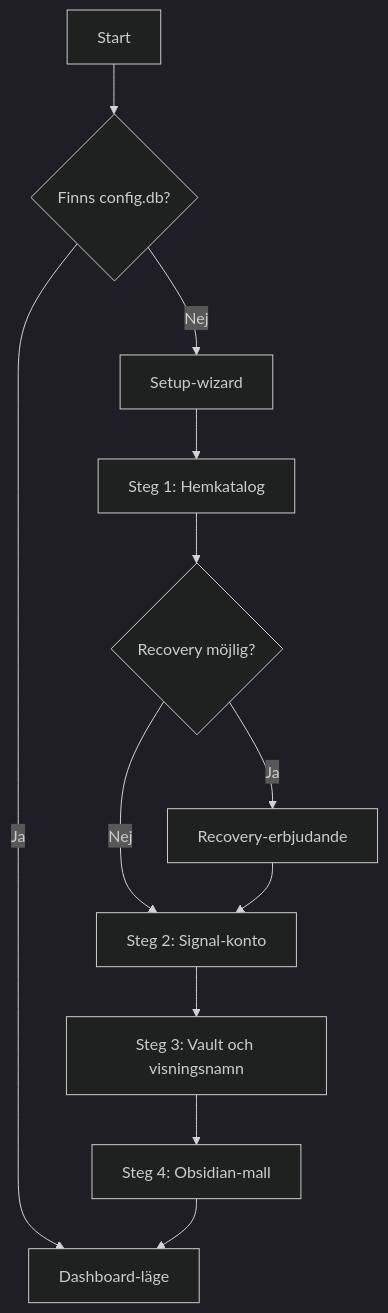
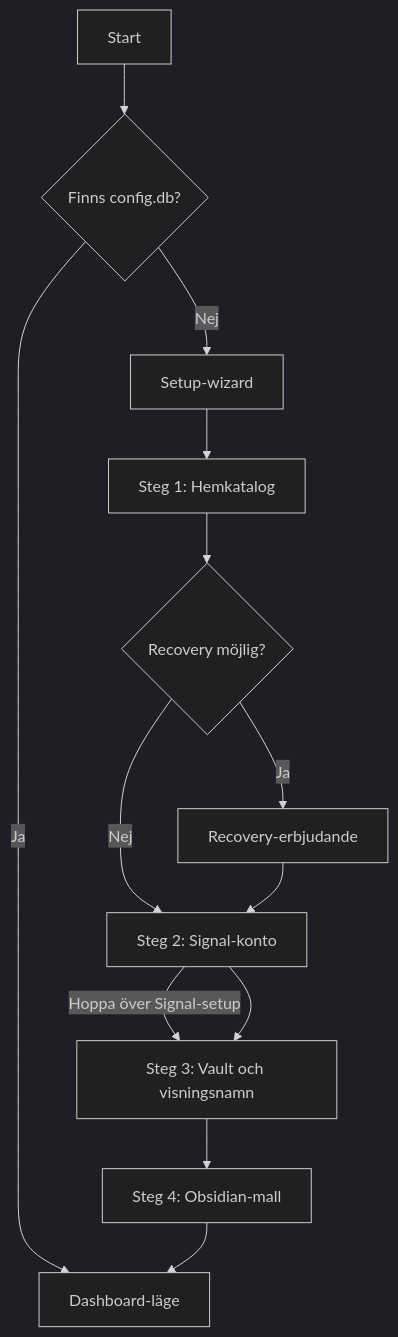
One commit to NicklasAndersson/oden changed the diagram in docs/SETUP_FLOW.md. Above: the diagram before and after it, drawn with Mermaid (dark theme). The commit also changed other lines of this file and 24 other files, not shown here.

````diff
--- a/docs/SETUP_FLOW.md
+++ b/docs/SETUP_FLOW.md
@@ -11,14 +11,15 @@
 ```mermaid
 flowchart TD
     A[Start] --> B{Finns config.db?}
     B -->|Ja| Z[Dashboard-läge]
     B -->|Nej| C[Setup-wizard]
     C --> D[Steg 1: Hemkatalog]
     D --> G{Recovery möjlig?}
     G -->|Ja| H[Recovery-erbjudande]
     G -->|Nej| I[Steg 2: Signal-konto]
     H --> I
+    I -->|Hoppa över Signal-setup| J
     I --> J[Steg 3: Vault och visningsnamn]
     J --> K[Steg 4: Obsidian-mall]
     K --> Z
 ```
````
